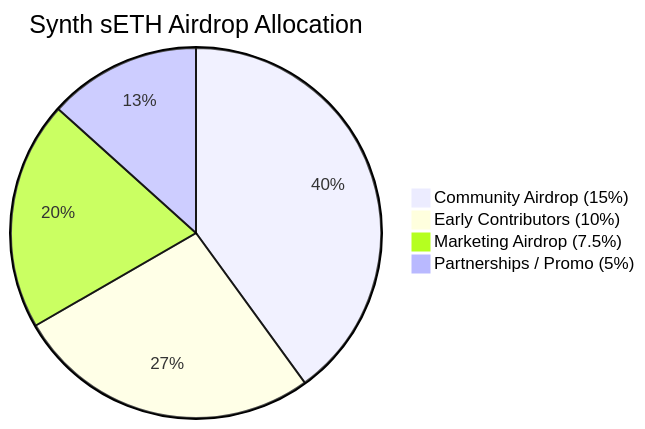
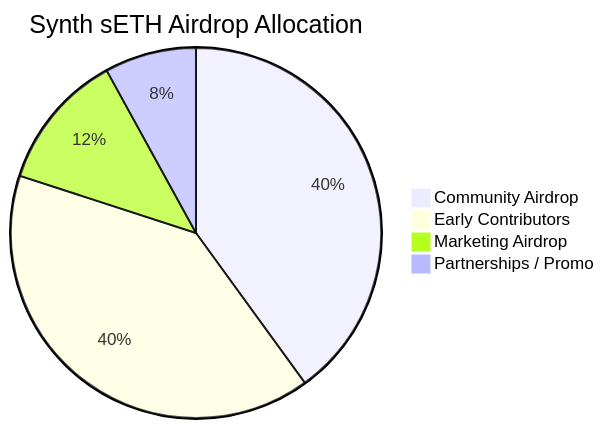
The diagram in README.md (synthethereum/seth), drawn with Mermaid before and after one commit. The commit also changed other lines of this file, not shown here.

````diff
--- a/README.md
+++ b/README.md
@@ -99,7 +99,7 @@
 ```mermaid
 pie title Synth sETH Airdrop Allocation
-    "Community Airdrop (15%)" : 6000000
-    "Early Contributors (10%)" : 4000000
-    "Marketing Airdrop (7.5%)" : 3000000
-    "Partnerships / Promo (5%)" : 2000000
+    "Community Airdrop " : 10000000
+    "Early Contributors " : 10000000
+    "Marketing Airdrop " : 3000000
+    "Partnerships / Promo " : 2000000
 ```
````
